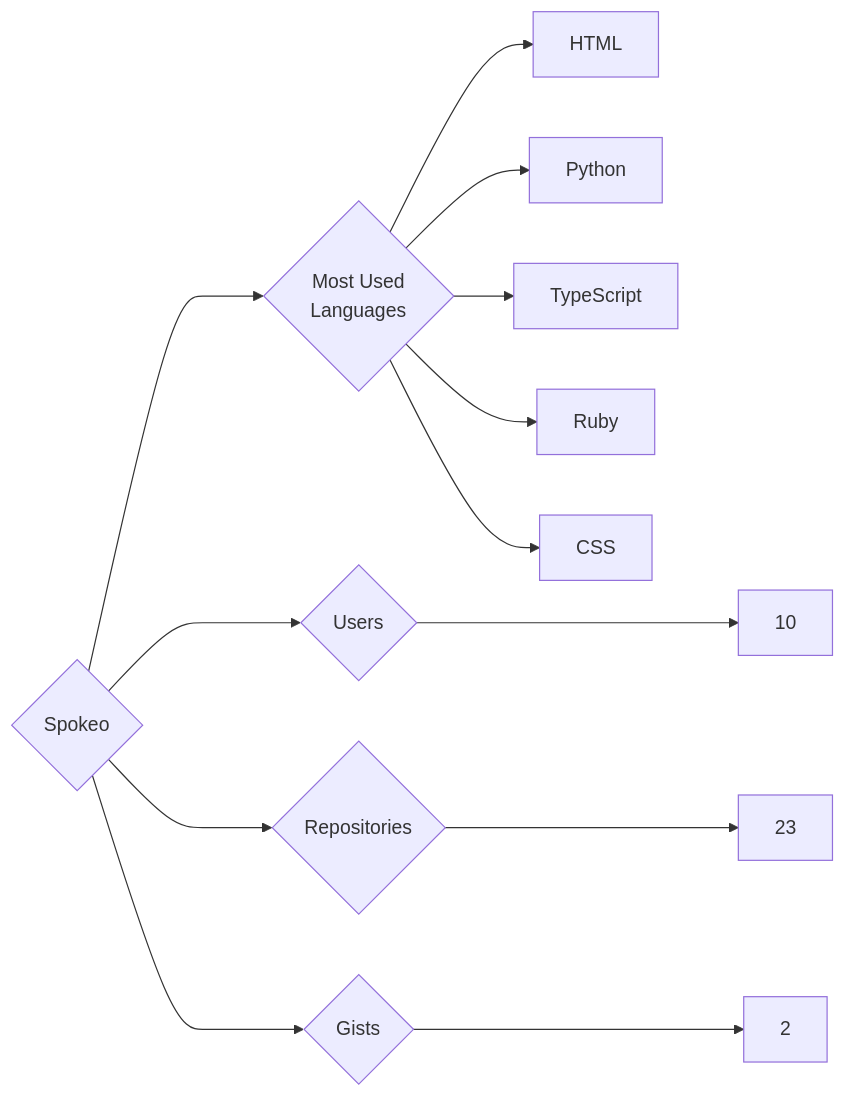
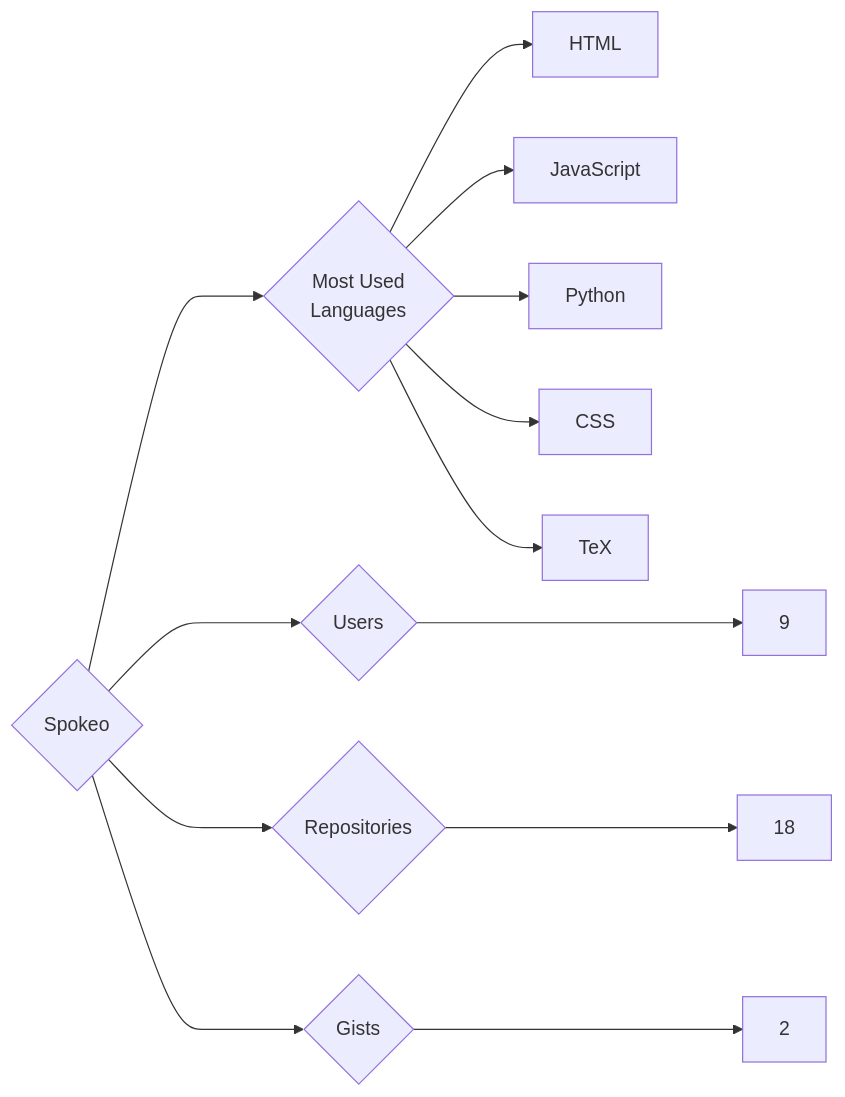
One commit to trickest/insiders changed the diagram in targets/Spokeo/README.md. Above: the diagram before and after it, drawn with Mermaid. The commit also changed 806 other files, not shown here.

````diff
--- a/targets/Spokeo/README.md
+++ b/targets/Spokeo/README.md
@@ -3,13 +3,13 @@
 ```mermaid
 graph LR
 COMPANY_NAME{Spokeo}
-COMPANY_NAME ---> U{Users} ---> UN[10]
-COMPANY_NAME ---> R{Repositories} ---> RN[23]
+COMPANY_NAME ---> U{Users} ---> UN[9]
+COMPANY_NAME ---> R{Repositories} ---> RN[18]
 COMPANY_NAME ---> G{Gists} ---> GN[2]
 COMPANY_NAME ---> ML{Most Used<br>Languages}
 ML --> HTML[HTML]
+ML --> JavaScript[JavaScript]
 ML --> Python[Python]
-ML --> TypeScript[TypeScript]
-ML --> Ruby[Ruby]
 ML --> CSS[CSS]
+ML --> TeX[TeX]
 ```
````
